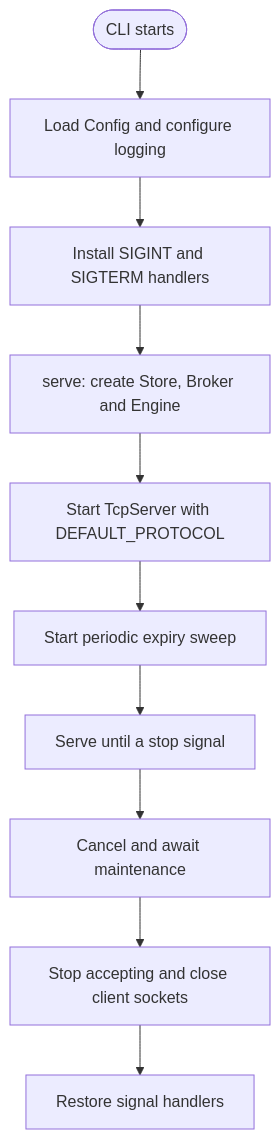
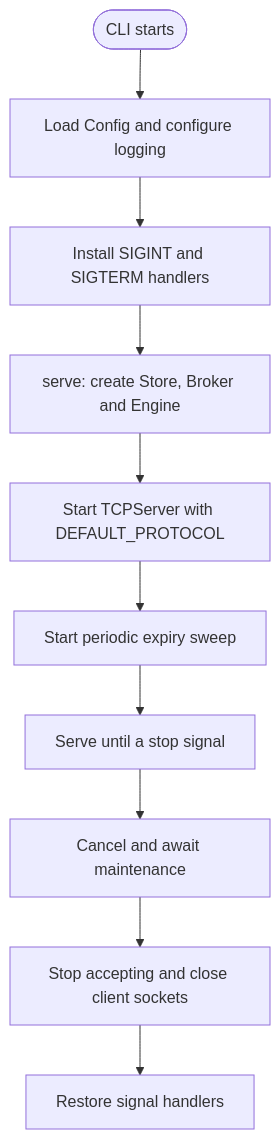
Before and after one commit to gchape/velis: the fifth of 6 diagrams in README.md, drawn with Mermaid. The commit also changed other lines of this file, not shown here.

Commit message:
docs: update architecture, naming and API migration guidance

````diff
--- a/README.md
+++ b/README.md
@@ -281,12 +281,12 @@
 ```mermaid
 flowchart TD
     start(["CLI starts"]) --> load["Load Config and configure logging"]
     load --> signals["Install SIGINT and SIGTERM handlers"]
     signals --> engine["serve: create Store, Broker and Engine"]
-    engine --> server["Start TcpServer with DEFAULT_PROTOCOL"]
+    engine --> server["Start TCPServer with DEFAULT_PROTOCOL"]
     server --> maintenance["Start periodic expiry sweep"]
     maintenance --> run["Serve until a stop signal"]
     run --> cancel["Cancel and await maintenance"]
     cancel --> close["Stop accepting and close client sockets"]
     close --> restore["Restore signal handlers"]
 ```
````
